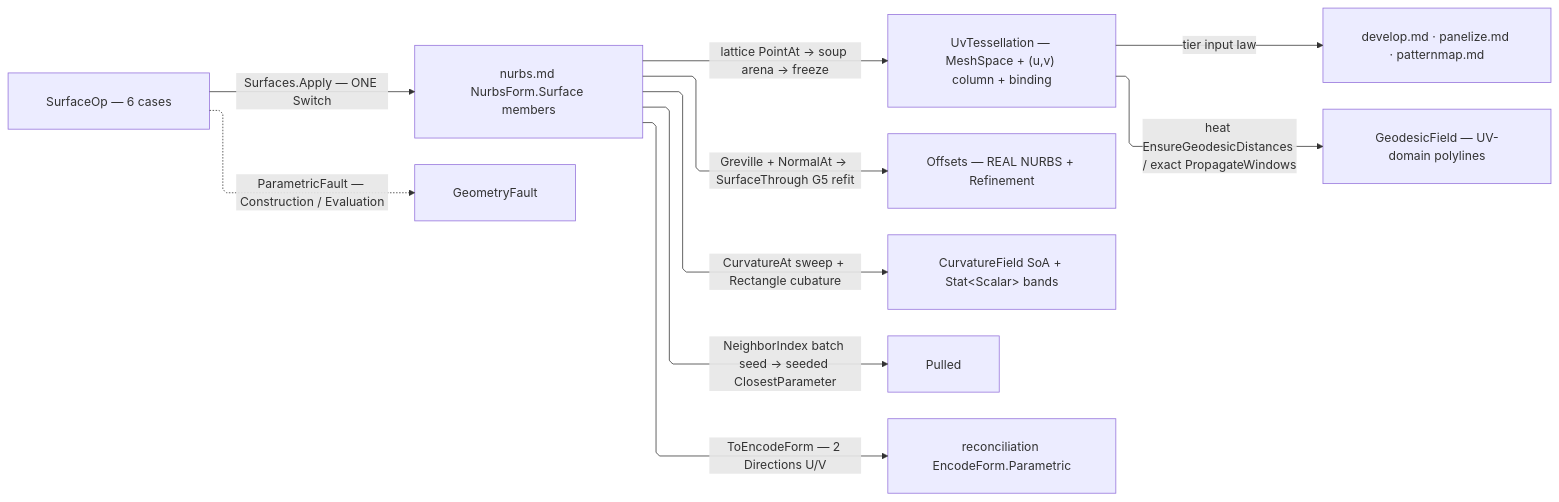
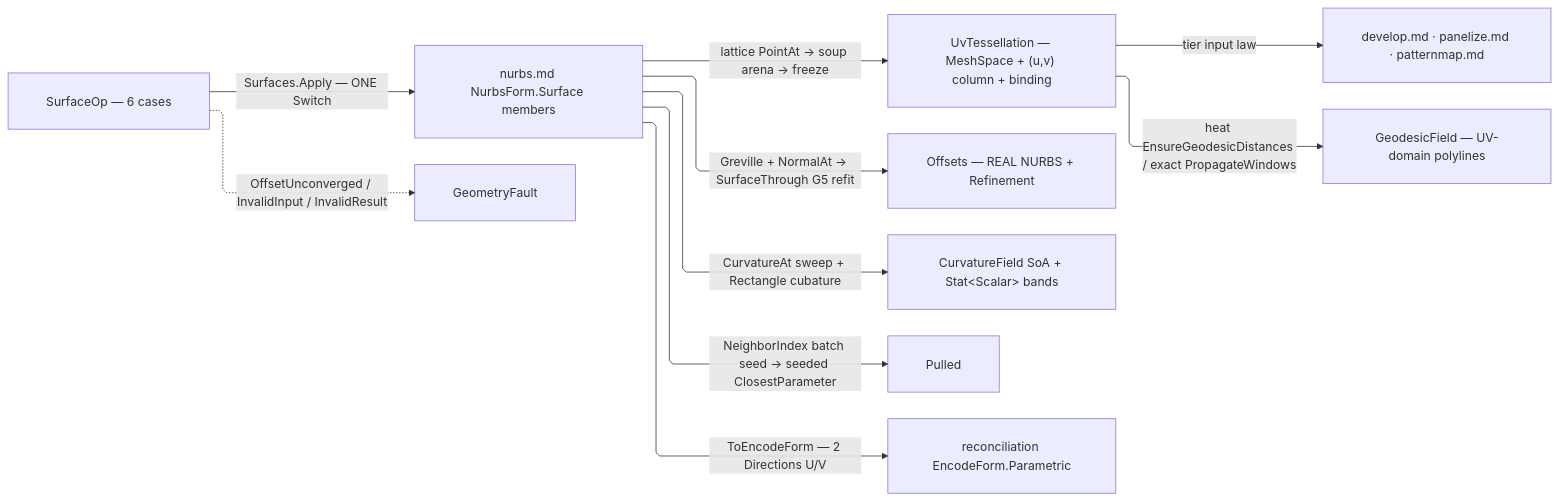
Before and after one commit to bsamiee/Rasm: the diagram in libs/dotnet/Rasm/.planning/Parametric/surface.md, drawn with Mermaid. The commit also changed other lines of this file and 99 other files, not shown here.

````diff
--- a/libs/dotnet/Rasm/.planning/Parametric/surface.md
+++ b/libs/dotnet/Rasm/.planning/Parametric/surface.md
@@ -235,21 +232,21 @@
 ```mermaid
 ---
 config:
   layout: elk
   flowchart:
     curve: linear
     padding: 25
 ---
 flowchart LR
     accTitle: Surface op dispatch and result carriers
     accDescr: Surfaces.Apply folds the SurfaceOp cases over nurbs.md engine members into typed SurfaceResult carriers; UvTessellation is the tier carrier feeding develop, panelize, and patternmap, and refusals route to GeometryFault.
     Op["SurfaceOp — 6 cases"] -->|"Surfaces.Apply — ONE Switch"| Engine["nurbs.md NurbsForm.Surface members"]
     Engine -->|"lattice PointAt → soup arena → freeze"| UvT["UvTessellation — MeshSpace + (u,v) column + binding"]
     UvT -->|"tier input law"| Consumers["develop.md · panelize.md · patternmap.md"]
     UvT -->|"heat EnsureGeodesicDistances / exact PropagateWindows"| Contours["GeodesicField — UV-domain polylines"]
     Engine -->|"Greville + NormalAt → SurfaceThrough G5 refit"| Offsets["Offsets — REAL NURBS + Refinement"]
     Engine -->|"CurvatureAt sweep + Rectangle cubature"| Field["CurvatureField SoA + Stat&lt;Scalar&gt; bands"]
     Engine -->|"NeighborIndex batch seed → seeded ClosestParameter"| Pulled
     Engine -->|"ToEncodeForm — 2 Directions U/V"| Identity["reconciliation EncodeForm.Parametric"]
-    Op -.->|"ParametricFault — Construction / Evaluation"| GeometryFault
+    Op -.->|"OffsetUnconverged / InvalidInput / InvalidResult"| GeometryFault
 ```
````
